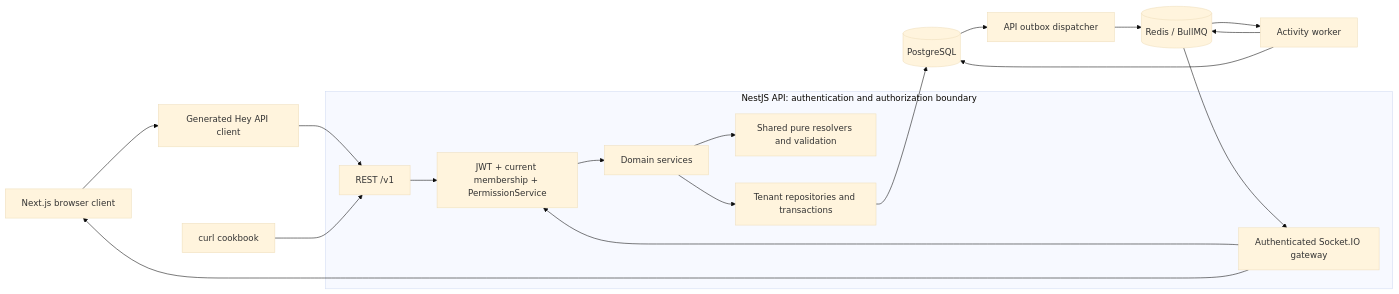
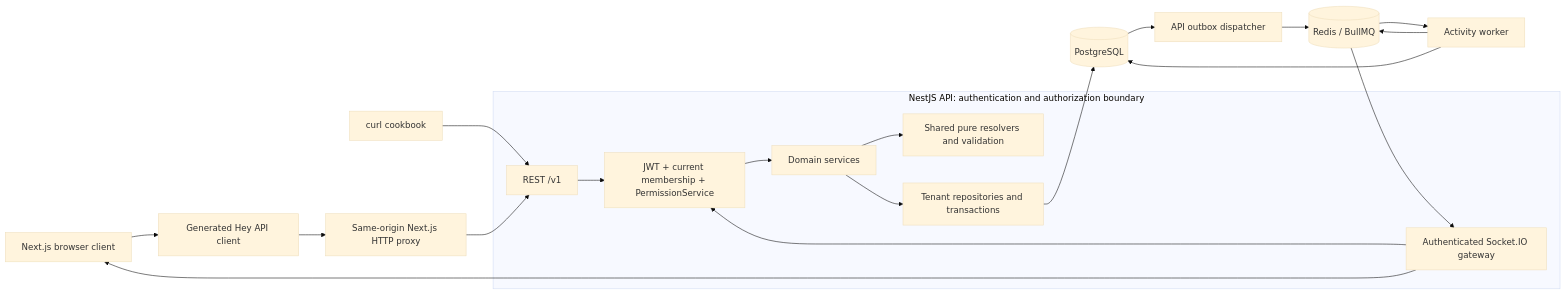
The first of 3 diagrams in ARCHITECTURE.md (ashvir99260/flowboard), drawn with Mermaid (base theme) before and after one commit. The commit also changed other lines of this file and 9 other files, not shown here.

Commit message:
docs: detail Flowboard system architecture

````diff
--- a/ARCHITECTURE.md
+++ b/ARCHITECTURE.md
@@ -12,21 +14,22 @@
 ```mermaid
 flowchart LR
   Browser[Next.js browser client] --> SDK[Generated Hey API client]
   Cookbook[curl cookbook] --> HTTP[REST /v1]
-  SDK --> HTTP
+  SDK --> Proxy[Same-origin Next.js HTTP proxy]
+  Proxy --> HTTP
   subgraph API[NestJS API: authentication and authorization boundary]
     HTTP --> Guards[JWT + current membership + PermissionService]
     Guards --> Modules[Domain services]
     Modules --> Pure[Shared pure resolvers and validation]
     Modules --> Tenant[Tenant repositories and transactions]
     Gateway[Authenticated Socket.IO gateway] --> Guards
   end
   Tenant --> PG[(PostgreSQL)]
   PG --> Dispatcher[API outbox dispatcher]
   Dispatcher --> Redis[(Redis / BullMQ)]
   Redis --> Worker[Activity worker]
   Worker --> PG
   Worker --> Redis
   Redis --> Gateway
   Gateway --> Browser
 ```
````
